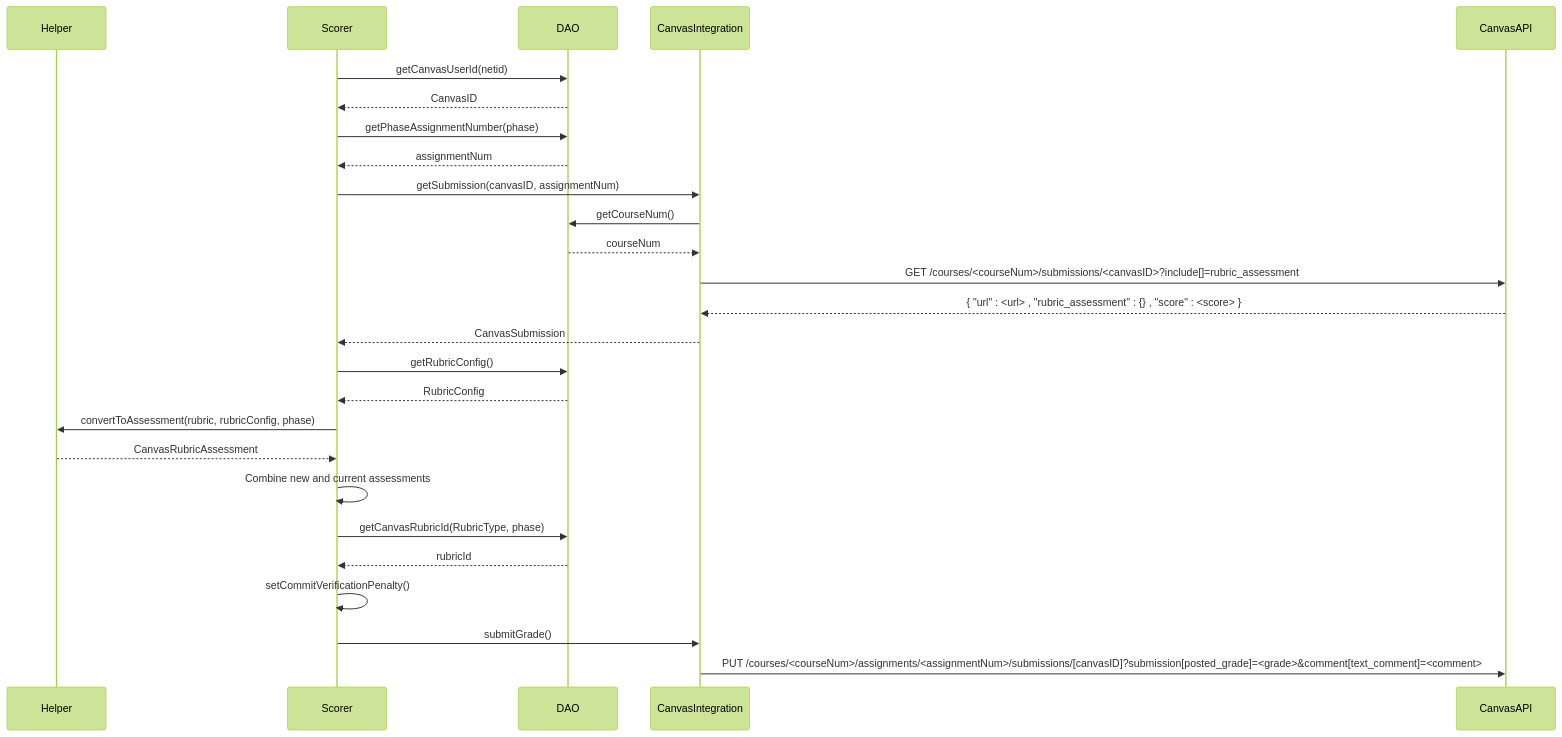
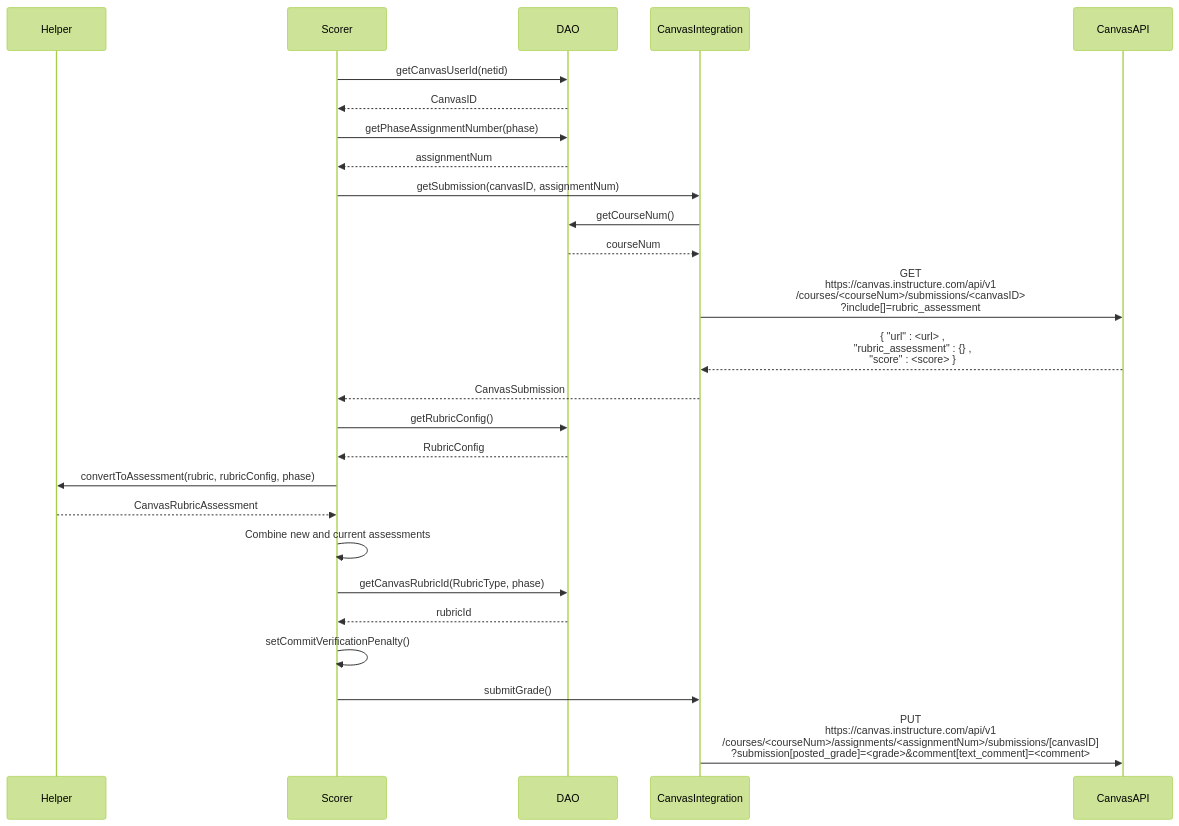
The third of 3 diagrams in docs/overall-grading-flow.md (softwareconstruction240/autograder), drawn with Mermaid (forest theme) before and after one commit. The commit also changed other lines of this file, not shown here.

Commit message:
Add features and fix formatting issues in overall grading flow diagram

````diff
--- a/docs/overall-grading-flow.md
+++ b/docs/overall-grading-flow.md
@@ -207,31 +223,31 @@
 ```mermaid
 sequenceDiagram
     participant Helper
     participant Scorer
     participant dao as DAO
     participant ci as CanvasIntegration
     participant cAPI as CanvasAPI
     
     Scorer->>dao:getCanvasUserId(netid)
     dao-->>Scorer:CanvasID
     Scorer->>dao:getPhaseAssignmentNumber(phase)
     dao-->>Scorer:assignmentNum
     
     Scorer->>ci:getSubmission(canvasID, assignmentNum)
     ci->>dao:getCourseNum()
     dao-->>ci:courseNum
-    ci->>cAPI:GET /courses/<courseNum>/submissions/<canvasID>?include[]=rubric_assessment
-    cAPI-->>ci:{ "url" : <url> , "rubric_assessment" : {} , "score" : <score> }
+    ci->>cAPI:GET<br/>https://canvas.instructure.com/api/v1<br/>/courses/<courseNum>/submissions/<canvasID><br/>?include[]=rubric_assessment
+    cAPI-->>ci:{ "url" : <url> ,<br/>"rubric_assessment" : {} ,<br/>"score" : <score> }
     ci-->>Scorer:CanvasSubmission
     
     Scorer->>dao:getRubricConfig()
     dao-->>Scorer:RubricConfig
     Scorer->>Helper:convertToAssessment(rubric, rubricConfig, phase)
     Helper-->>Scorer:CanvasRubricAssessment
     Scorer->>Scorer:Combine new and current assessments
     Scorer->>dao:getCanvasRubricId(RubricType, phase)
     dao-->>Scorer:rubricId
     Scorer->>Scorer:setCommitVerificationPenalty()
     Scorer->>ci:submitGrade()
-    ci->>cAPI:PUT /courses/<courseNum>/assignments/<assignmentNum>/submissions/[canvasID]?submission[posted_grade]=<grade>&comment[text_comment]=<comment>    
+    ci->>cAPI:PUT<br/>https://canvas.instructure.com/api/v1<br/>/courses/<courseNum>/assignments/<assignmentNum>/submissions/[canvasID]<br/>?submission[posted_grade]=<grade>&comment[text_comment]=<comment>    
 ```
````
